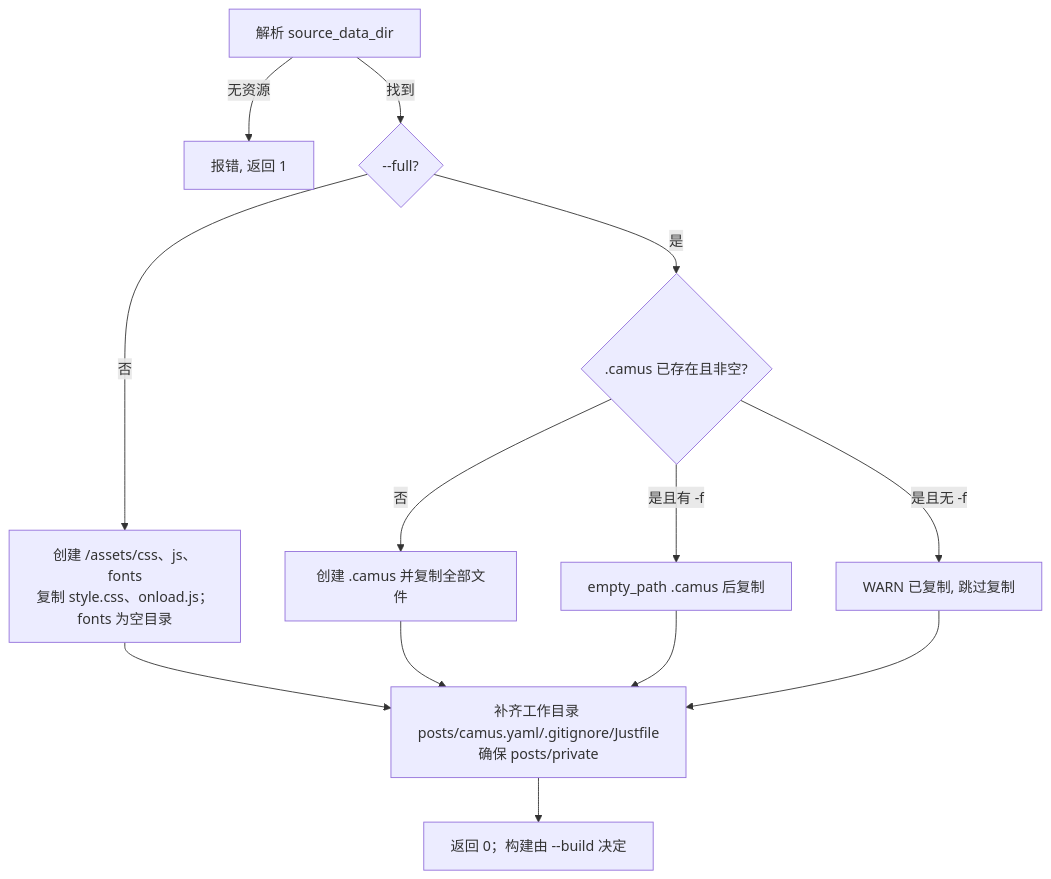
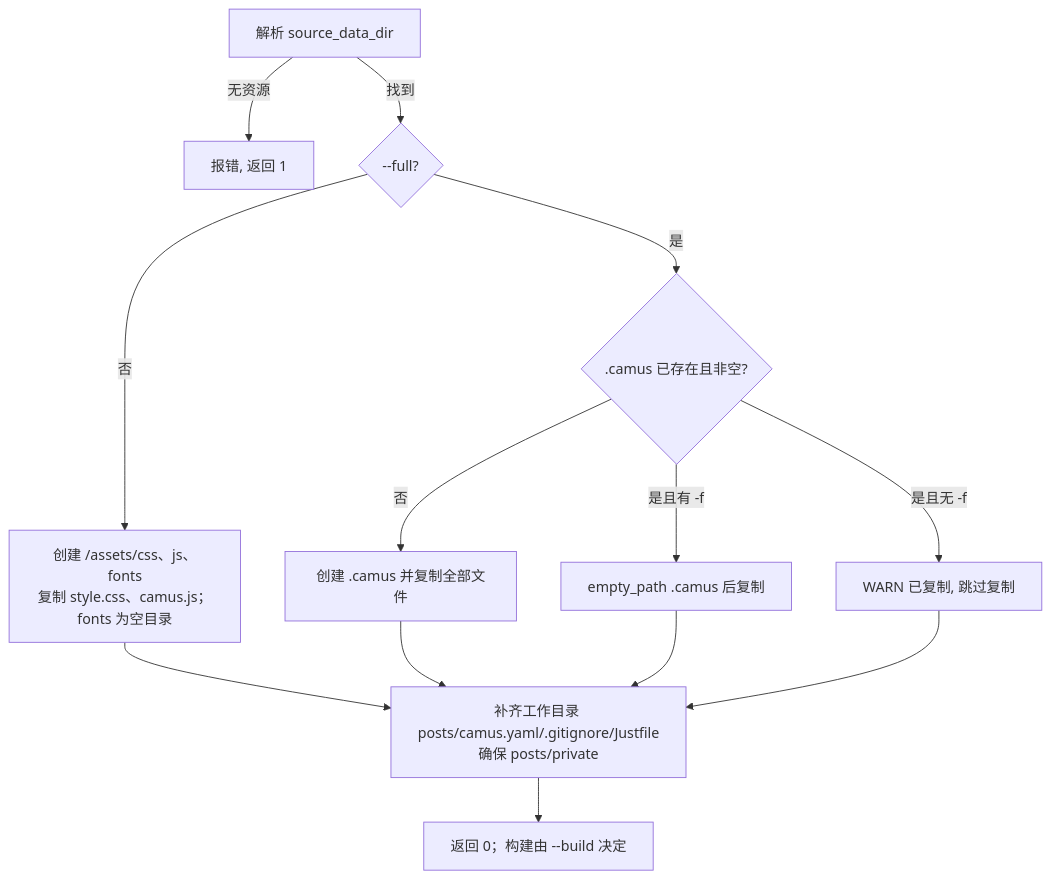
Before and after one commit to the-writer/camus: the second of 3 diagrams in docs/prd/08-template-install.md, drawn with Mermaid. The commit also changed other lines of this file and 32 other files, not shown here.

Commit message:
refactor: rename onload.js to camus.js

````diff
--- a/docs/prd/08-template-install.md
+++ b/docs/prd/08-template-install.md
@@ -77,15 +77,15 @@
 ```mermaid
 flowchart TD
     A[解析 source_data_dir] -->|无资源| X[报错, 返回 1]
     A -->|找到| F{--full?}
-    F -->|否| M[创建 <workdir>/assets/css、js、fonts<br/>复制 style.css、onload.js；fonts 为空目录]
+    F -->|否| M[创建 <workdir>/assets/css、js、fonts<br/>复制 style.css、camus.js；fonts 为空目录]
     M --> S[补齐工作目录 posts/camus.yaml/.gitignore/Justfile<br/>确保 posts/private]
     F -->|是| B{.camus 已存在且非空?}
     B -->|否| D[创建 .camus 并复制全部文件]
     B -->|是且无 -f| W[WARN 已复制, 跳过复制]
     B -->|是且有 -f| C[empty_path .camus 后复制]
     D --> S
     C --> S
     W --> S
     S --> OK[返回 0；构建由 --build 决定]
 ```
````
